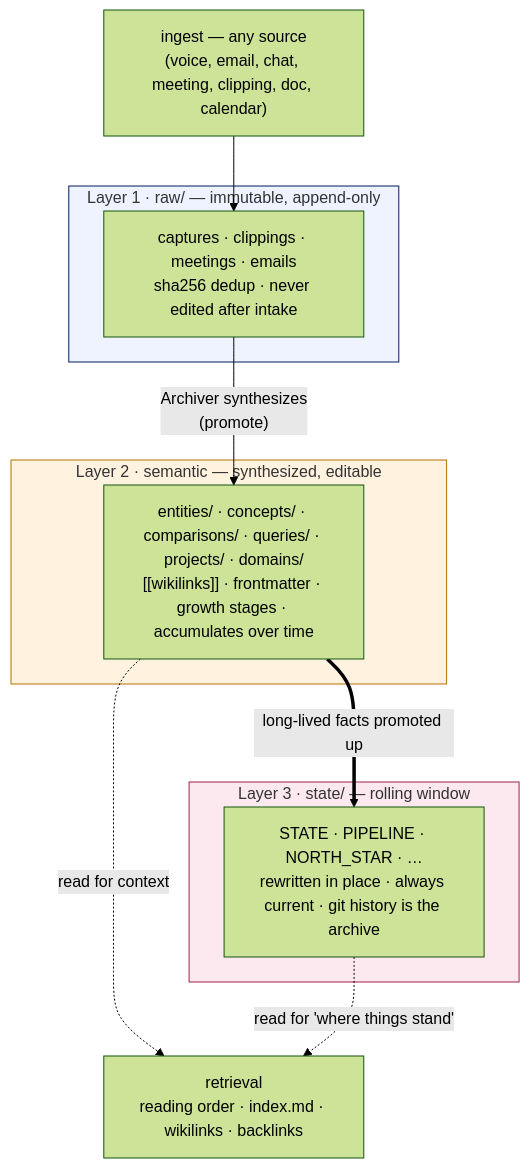
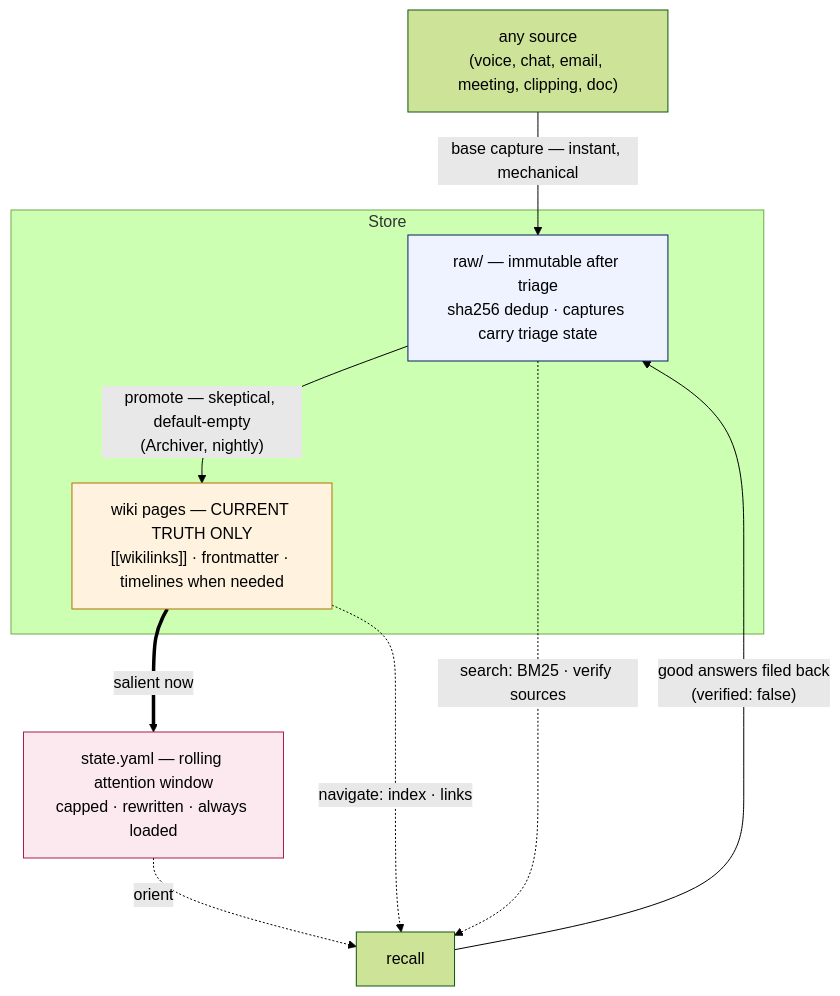
One commit to AlmogBaku/aos changed the diagram in design/kb-methodology.md. Above: the diagram before and after it, drawn with Mermaid (forest theme). The commit also changed other lines of this file and 8 other files, not shown here.

First line of the commit message:
spec: kb redesign — base engine (store/curation/state), kit anatomy v2

````diff
--- a/design/kb-methodology.md
+++ b/design/kb-methodology.md
@@ -32,22 +46,20 @@
 ```mermaid
 flowchart TB
-    IN["ingest — any source<br/>(voice, email, chat, meeting, clipping, doc, calendar)"]
-    subgraph L1["Layer 1 · raw/ — immutable, append-only"]
-      R["captures · clippings · meetings · emails<br/>sha256 dedup · never edited after intake"]
+    IN["any source<br/>(voice, chat, email, meeting, clipping, doc)"]
+    subgraph STORE["Store"]
+      R["raw/ — immutable after triage<br/>sha256 dedup · captures carry triage state"]
+      W["wiki pages — CURRENT TRUTH ONLY<br/>[[wikilinks]] · frontmatter · timelines when needed"]
     end
-    subgraph L2["Layer 2 · semantic — synthesized, editable"]
-      E["entities/ · concepts/ · comparisons/ · queries/ · projects/ · domains/<br/>[[wikilinks]] · frontmatter · growth stages · accumulates over time"]
-    end
-    subgraph L3["Layer 3 · state/ — rolling window"]
-      S["STATE · PIPELINE · NORTH_STAR · …<br/>rewritten in place · always current · git history is the archive"]
-    end
-    IN --> R
-    R -->|"Archiver synthesizes<br/>(promote)"| E
-    E -.->|"read for context"| RET["retrieval<br/>reading order · index.md · wikilinks · backlinks"]
-    S -.->|"read for 'where things stand'"| RET
-    E ==>|"long-lived facts promoted up"| S
+    S["state.yaml — rolling attention window<br/>capped · rewritten · always loaded"]
+    IN -->|"base capture — instant, mechanical"| R
+    R -->|"promote — skeptical, default-empty<br/>(Archiver, nightly)"| W
+    W ==>|"salient now"| S
+    S -.->|"orient"| RET["recall"]
+    W -.->|"navigate: index · links"| RET
+    R -.->|"search: BM25 · verify sources"| RET
+    RET -->|"good answers filed back<br/>(verified: false)"| R
 
-    style L1 fill:#EEF3FF,stroke:#001F5C
-    style L2 fill:#FFF3E0,stroke:#B07300
-    style L3 fill:#FCE9EF,stroke:#A61E4D
+    style R fill:#EEF3FF,stroke:#001F5C
+    style W fill:#FFF3E0,stroke:#B07300
+    style S fill:#FCE9EF,stroke:#A61E4D
 ```
````
